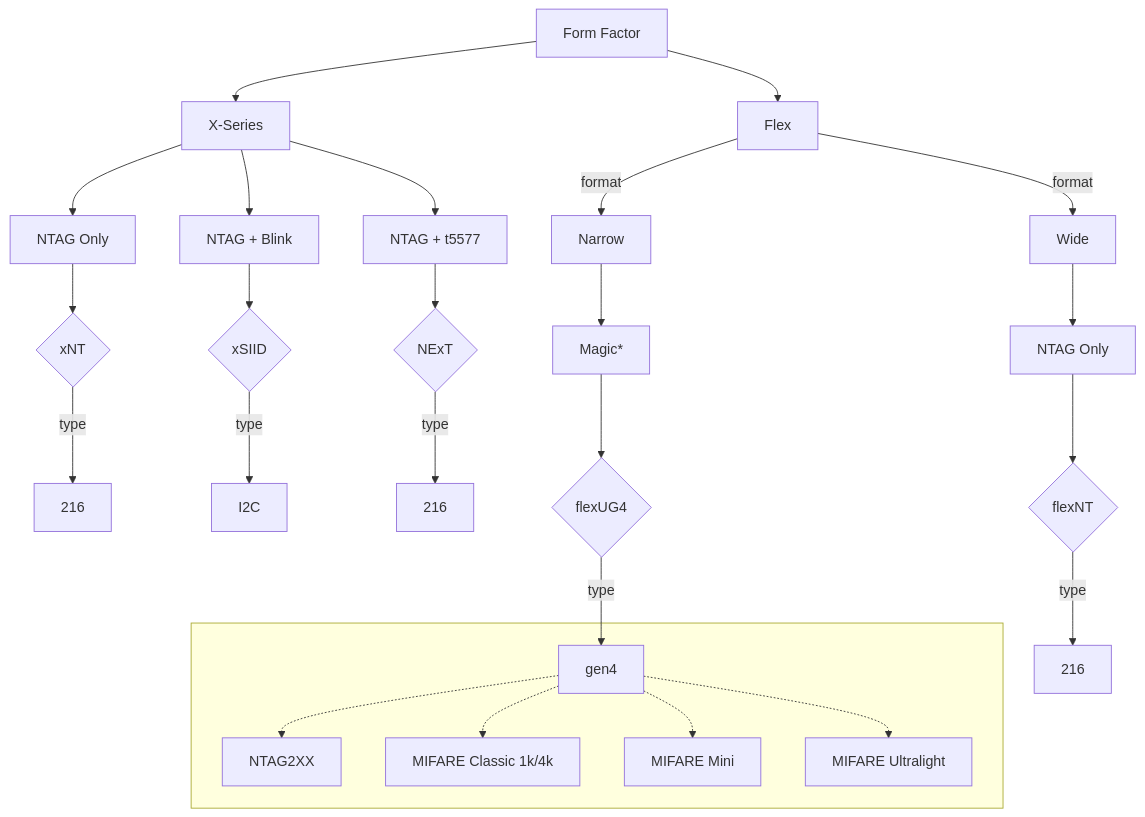
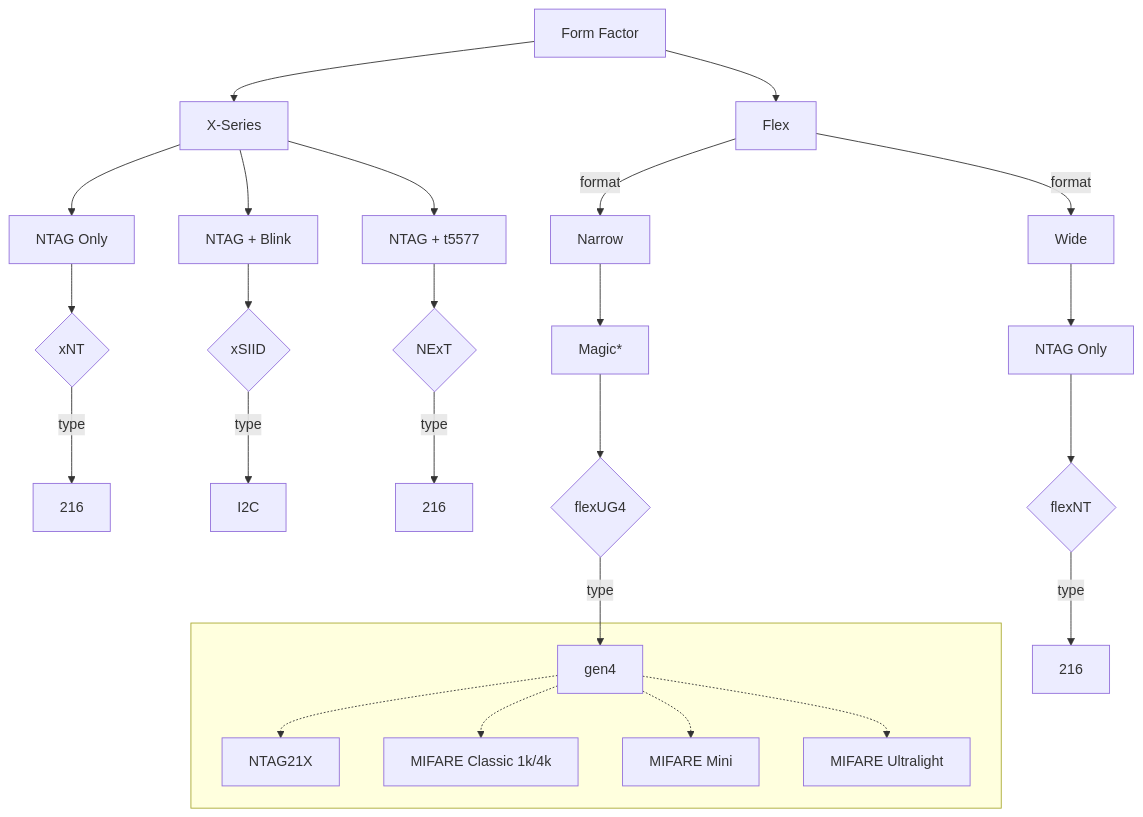
The diagram in chips/NTAG_OPTIONS.md (dangerous-tac0s/pm3_documentation), drawn with Mermaid before and after one commit.

````diff
--- a/chips/NTAG_OPTIONS.md
+++ b/chips/NTAG_OPTIONS.md
@@ -5,28 +5,28 @@
 ```mermaid
   flowchart TD;
       A[Form Factor]--> B[X-Series] & C[Flex];
       B --> B1[NTAG Only] & B2[NTAG + Blink] & B3[NTAG + t5577];
       B1 --> B1.1{xNT};
       click B1.1 "https://dngr.us/xnt" _self
       B1.1 -- type --> B1.1a[216];
       B2 --> B2.1{xSIID};
       click B2.1 "https://dngr.us/xsiid" _self
       B2.1 -- type --> B2.1a[I2C];
       B3 --> B3.1{NExT};
       click B3.1 "https://dngr.us/next" _self
       B3.1 -- type --> B3.1a[216];
 
       C -- format --> C1[Wide] & C2[Narrow];
       C1 --> C1.1[NTAG Only];
       C1.1 --> C1.1a{flexNT};
       click C1.1a "https://dngr.us/flexnt" _self
       C1.1a -- type --> C1.1a_1[216];
       C2 --> C2.1[Magic*];
       C2.1 --> C2.1a{flexUG4};
       click C2.1a "https://dngr.us/flexug4" _self
       C2.1a -- type --> C2.1a_1[gen4];
 
       subgraph " "
-      C2.1a_1 .-> UG4a[NTAG2XX] & UG4b[MIFARE Classic 1k/4k] & UG4c[MIFARE Mini] & UG4d[MIFARE Ultralight]
+      C2.1a_1 .-> UG4a[NTAG21X] & UG4b[MIFARE Classic 1k/4k] & UG4c[MIFARE Mini] & UG4d[MIFARE Ultralight]
       end
 ```
````
